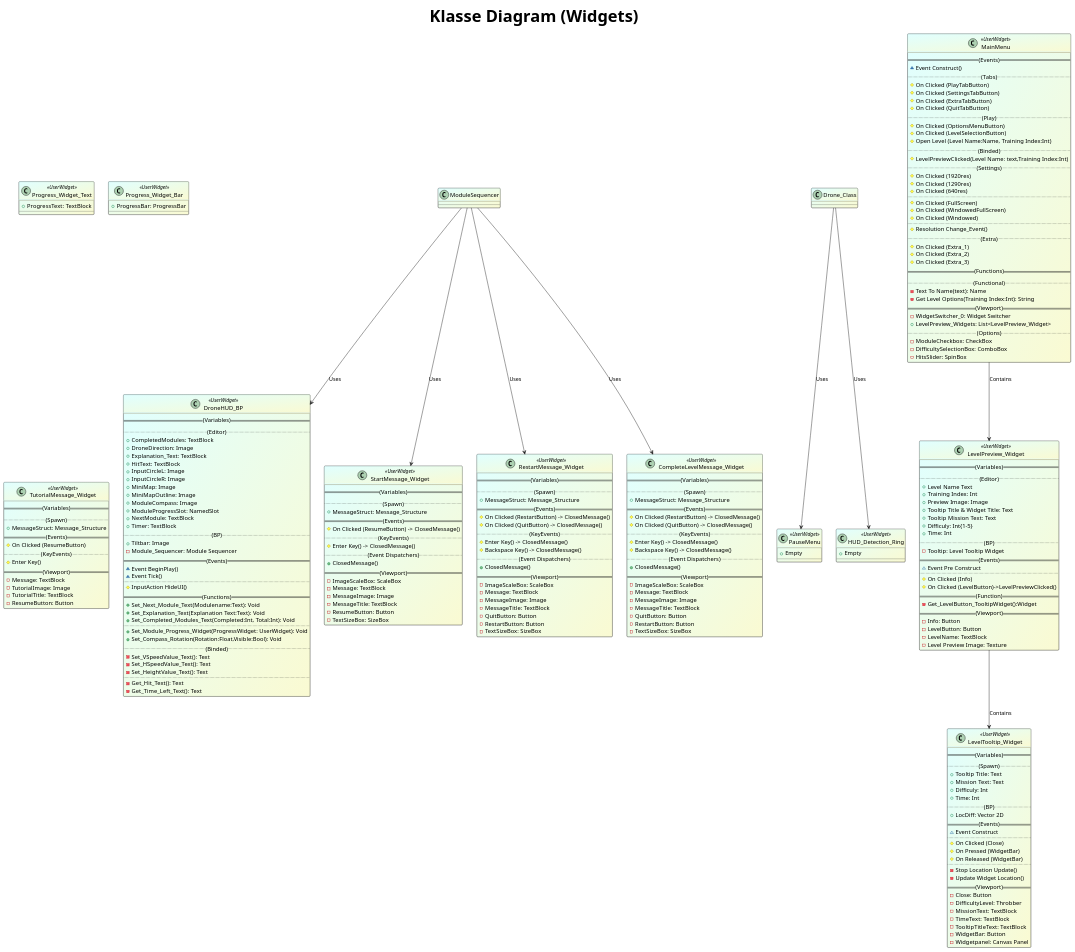
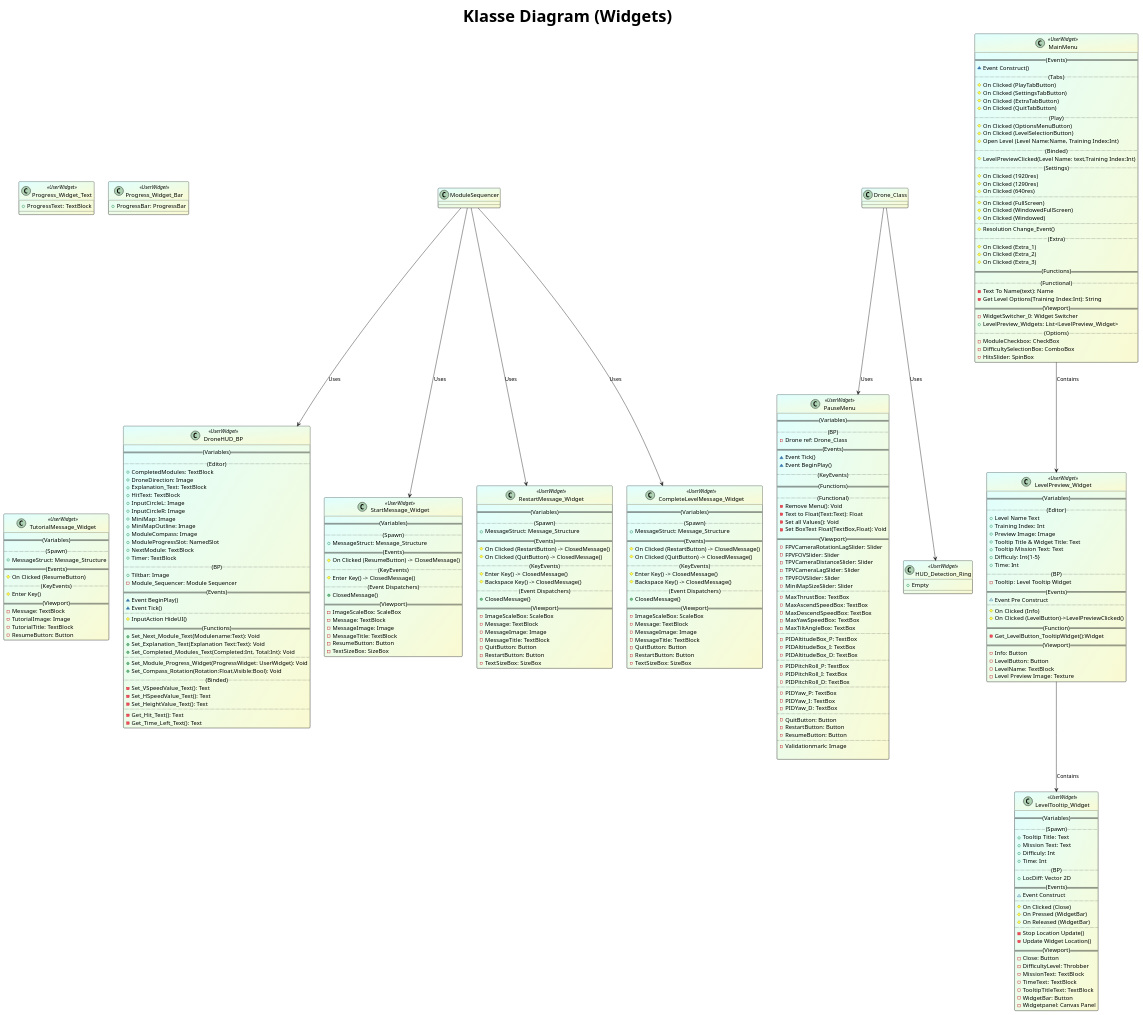
One commit to KingPungy/Drone_Simulation_UE changed the diagram in Script/PlantUML/ClassDiagramWidgets.puml. Above: the diagram before and after it, drawn with PlantUML. The commit also changed 4 other files, not shown here.

Commit message:
Update PlantUML diagram and removed Empty Events and function libraries

```diff
--- a/Script/PlantUML/ClassDiagramWidgets.puml
+++ b/Script/PlantUML/ClassDiagramWidgets.puml
@@ -63,7 +63,51 @@
 
 class PauseMenu <<UserWidget>>
 {
-    + Empty
+    ==(Variables)==
+    ..(BP)..
+    - Drone ref: Drone_Class
+    ==(Events)==
+    ~ Event Tick()
+    ~ Event BeginPlay()
+    ..(KeyEvents)..
+    ==(Functions)==
+    ..(Functional)..
+    - Remove Menu(): Void
+    - Text to Float(Text:Text): Float
+    - Set all Values(): Void
+    - Set BoxText Float(TextBox,Float): Void
+    ==(Viewport)==
+    - FPVCameraRotationLagSlider: Slider
+    - FPVFOVSlider: Slider
+    - TPVCameraDistanceSlider: Slider
+    - TPVCameraLagSlider: Slider
+    - TPVFOVSlider: Slider
+    - MiniMapSizeSlider: Slider
+    ..
+    - MaxThrustBox: TextBox
+    - MaxAscendSpeedBox: TextBox
+    - MaxDescendSpeedBox: TextBox
+    - MaxYawSpeedBox: TextBox
+    - MaxTiltAngleBox: TextBox
+    ..
+    - PIDAltitudeBox_P: TextBox
+    - PIDAltitudeBox_I: TextBox
+    - PIDAltitudeBox_D: TextBox
+    ..
+    - PIDPitchRoll_P: TextBox
+    - PIDPitchRoll_I: TextBox
+    - PIDPitchRoll_D: TextBox
+    ..
+    - PIDYaw_P: TextBox
+    - PIDYaw_I: TextBox
+    - PIDYaw_D: TextBox
+    ..
+    - QuitButton: Button
+    - RestartButton: Button
+    - ResumeButton: Button
+    ..
+    - Validationmark: Image
+
 }
 
 class HUD_Detection_Ring <<UserWidget>>
```
